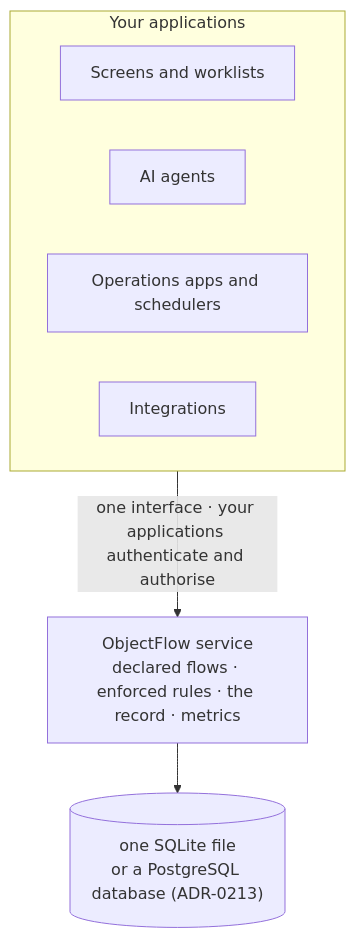
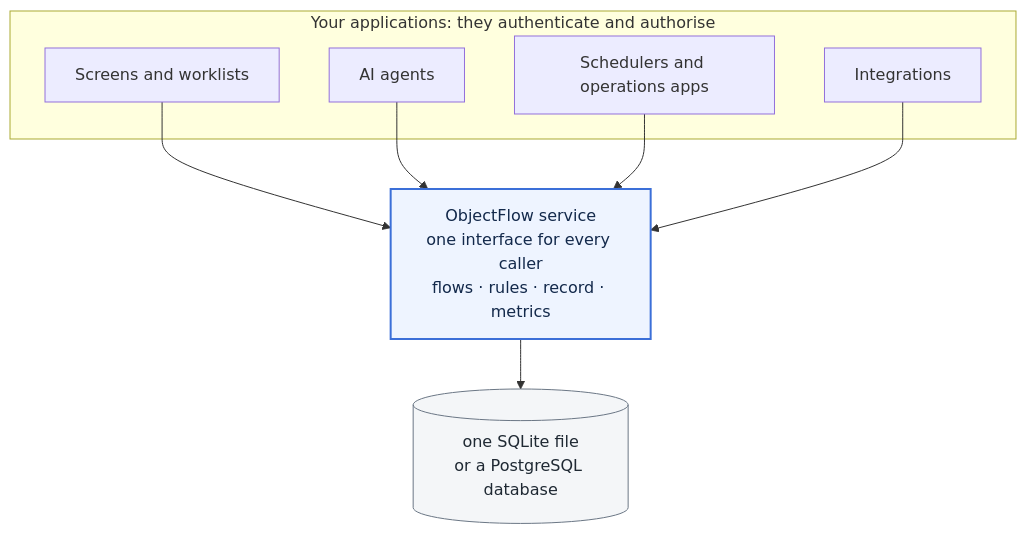
One commit to rxdu/object_flow changed the fourth of 4 diagrams in README.md. Above: the diagram before and after it, drawn with Mermaid. The commit also changed other lines of this file and 1 other file, not shown here.

````diff
--- a/README.md
+++ b/README.md
@@ -101,12 +191,20 @@
 ```mermaid
 flowchart TB
-    subgraph apps["Your applications"]
-        direction LR
+    subgraph apps["Your applications: they authenticate and authorise"]
         ui["Screens and worklists"]
         agents["AI agents"]
-        ops["Operations apps and schedulers"]
+        ops["Schedulers and operations apps"]
         integ["Integrations"]
     end
-    apps -->|"one interface · your applications authenticate and authorise"| core["ObjectFlow service<br/>declared flows · enforced rules · the record · metrics"]
-    core --> db[("one SQLite file<br/>or a PostgreSQL database (ADR-0213)")]
+    core["ObjectFlow service<br/>one interface for every caller<br/>flows · rules · record · metrics"]
+    db[("one SQLite file<br/>or a PostgreSQL database")]
+    ui --> core
+    agents --> core
+    ops --> core
+    integ --> core
+    core --> db
+    classDef engine fill:#eef4ff,stroke:#3b6fd8,stroke-width:2px,color:#13294b
+    classDef store fill:#f4f6f8,stroke:#6b7785,color:#1f2933
+    class core engine
+    class db store
 ```
````
